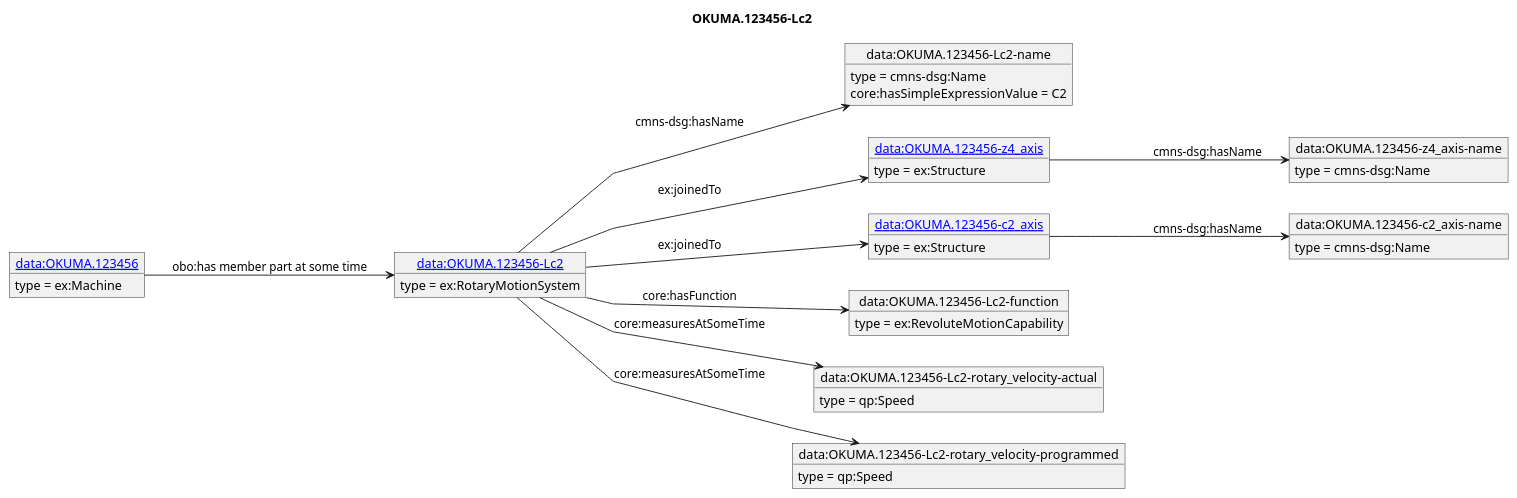
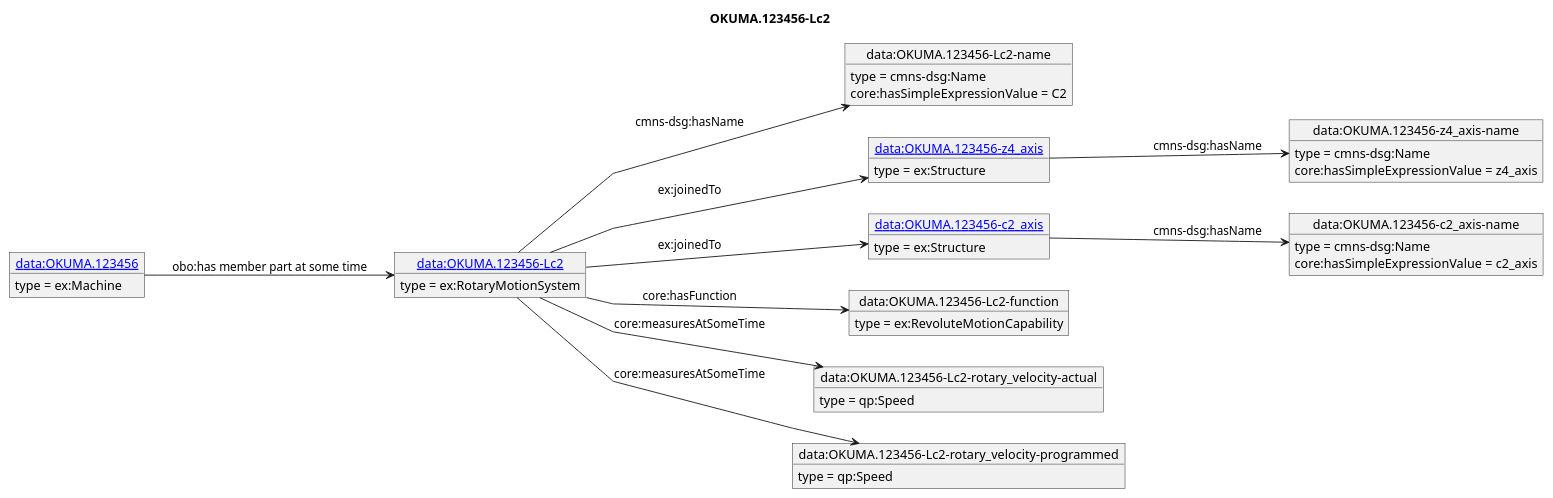
The diagram in diagrams/OKUMA.123456-Lc2.puml (iofoundry/example-syseng-mtconnect), drawn with PlantUML before and after one commit. The commit also changed 36 other files, not shown here.

```diff
--- a/diagrams/OKUMA.123456-Lc2.puml
+++ b/diagrams/OKUMA.123456-Lc2.puml
@@ -1,45 +1,47 @@
 @startuml
 skinparam linetype polyline
 left to right direction
 title OKUMA.123456-Lc2
 object "[[./OKUMA.123456-Lc2.html data:OKUMA.123456-Lc2]]" as o1 {
  type = ex:RotaryMotionSystem
  }
 object "data:OKUMA.123456-Lc2-name" as o2 {
  type = cmns-dsg:Name
  }
 object "[[./OKUMA.123456-z4_axis.html data:OKUMA.123456-z4_axis]]" as o3 {
  type = ex:Structure
  }
 object "data:OKUMA.123456-z4_axis-name" as o4 {
  type = cmns-dsg:Name
  }
 object "[[./OKUMA.123456-c2_axis.html data:OKUMA.123456-c2_axis]]" as o5 {
  type = ex:Structure
  }
 object "data:OKUMA.123456-c2_axis-name" as o6 {
  type = cmns-dsg:Name
  }
 object "data:OKUMA.123456-Lc2-function" as o7 {
  type = ex:RevoluteMotionCapability
  }
 object "data:OKUMA.123456-Lc2-rotary_velocity-actual" as o8 {
  type = qp:Speed
  }
 object "data:OKUMA.123456-Lc2-rotary_velocity-programmed" as o9 {
  type = qp:Speed
  }
 object "[[./OKUMA.123456.html data:OKUMA.123456]]" as o10 {
  type = ex:Machine
  }
 o1 --> o2 : cmns-dsg:hasName
 o2 : core:hasSimpleExpressionValue = C2
 o1 --> o3 : ex:joinedTo
 o3 --> o4 : cmns-dsg:hasName
+o4 : core:hasSimpleExpressionValue = z4_axis
 o1 --> o5 : ex:joinedTo
 o5 --> o6 : cmns-dsg:hasName
+o6 : core:hasSimpleExpressionValue = c2_axis
 o1 --> o7 : core:hasFunction
 o1 --> o8 : core:measuresAtSomeTime
 o1 --> o9 : core:measuresAtSomeTime
 o10 --> o1 : obo:has member part at some time
 @enduml
```
